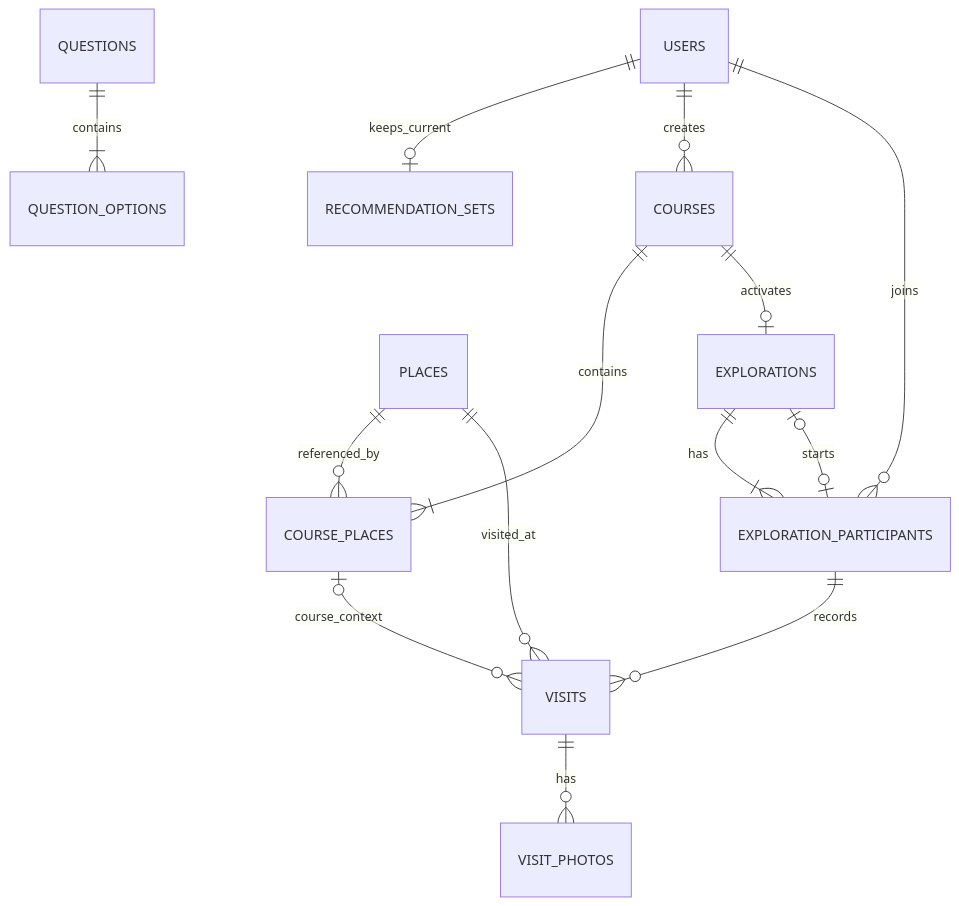
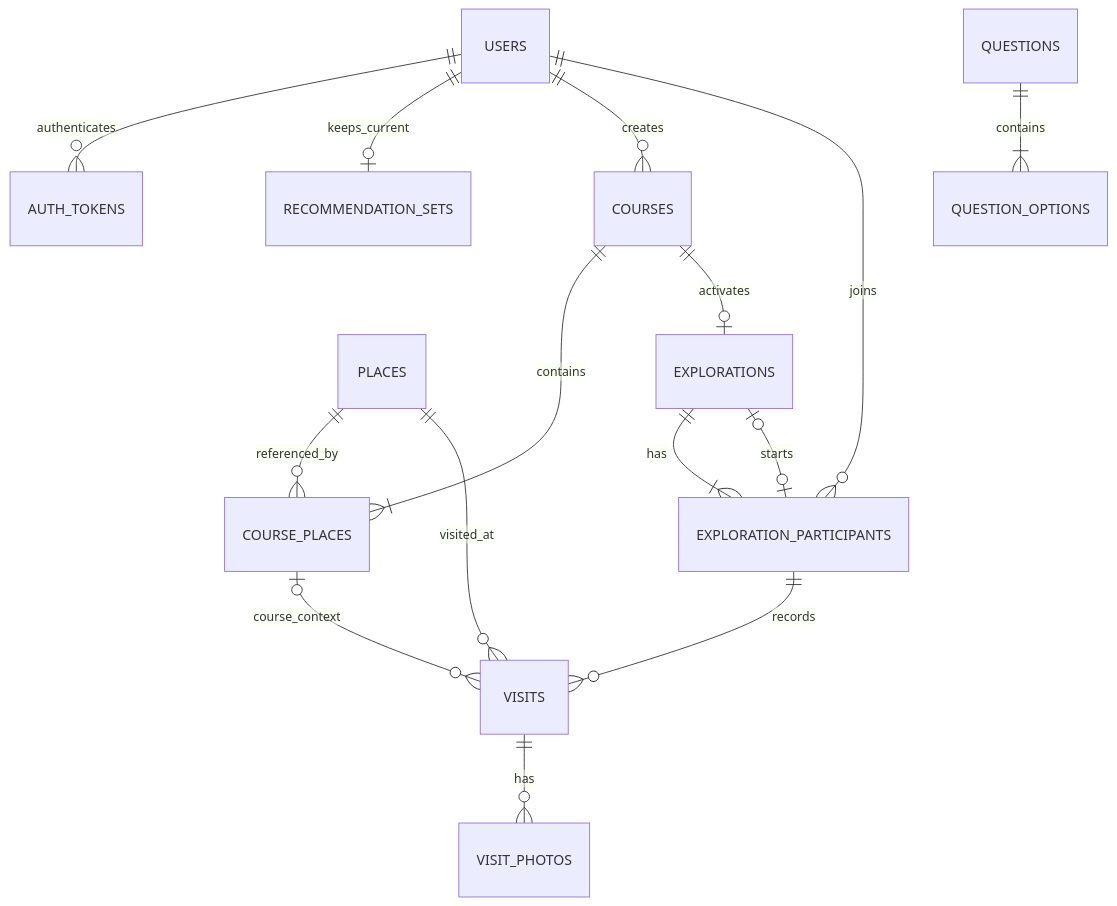
One commit to theTemperatureOfMay/beyond-may-be changed the diagram in docs/architecture/backend.md. Above: the diagram before and after it, drawn with Mermaid. The commit also changed other lines of this file and 59 other files, not shown here.

````diff
--- a/docs/architecture/backend.md
+++ b/docs/architecture/backend.md
@@ -55,17 +62,18 @@
 ```mermaid
 erDiagram
+    USERS ||--o{ AUTH_TOKENS : authenticates
     USERS ||--o| RECOMMENDATION_SETS : keeps_current
     QUESTIONS ||--|{ QUESTION_OPTIONS : contains
 
     USERS ||--o{ COURSES : creates
     COURSES ||--|{ COURSE_PLACES : contains
     PLACES ||--o{ COURSE_PLACES : referenced_by
     COURSES ||--o| EXPLORATIONS : activates
     EXPLORATIONS ||--|{ EXPLORATION_PARTICIPANTS : has
     USERS ||--o{ EXPLORATION_PARTICIPANTS : joins
     EXPLORATION_PARTICIPANTS o|--o| EXPLORATIONS : starts
     PLACES ||--o{ VISITS : visited_at
     COURSE_PLACES o|--o{ VISITS : course_context
     EXPLORATION_PARTICIPANTS ||--o{ VISITS : records
     VISITS ||--o{ VISIT_PHOTOS : has
 ```
````
